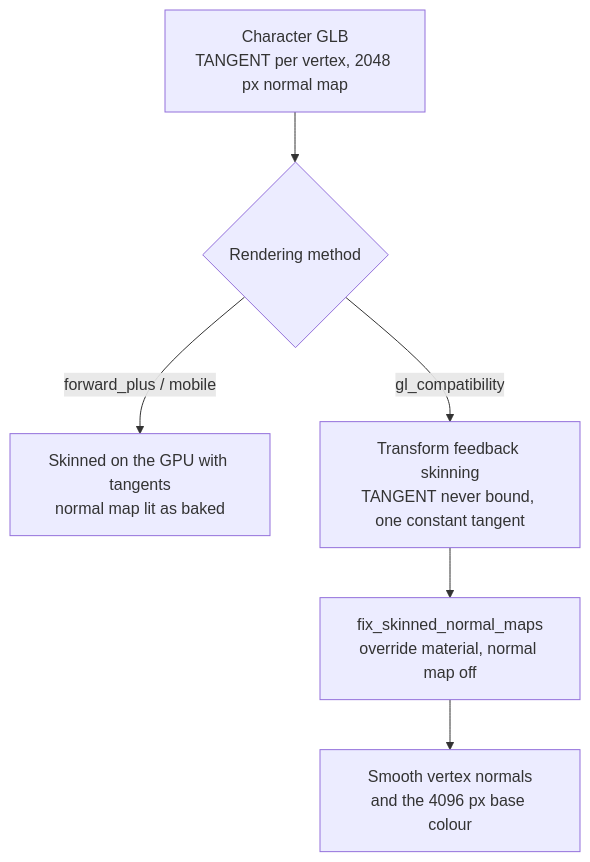
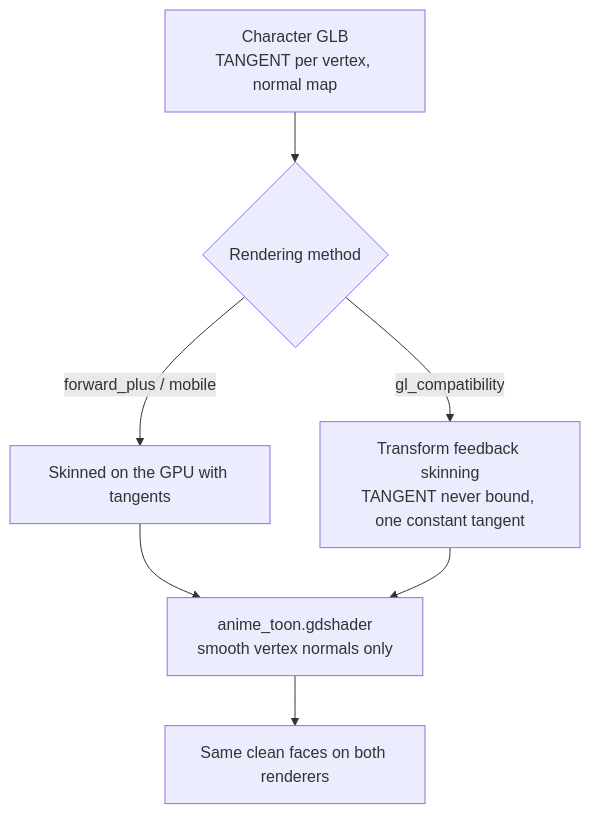
Diagram 12 of 15 in docs/architecture.md (jgyy/trixian), drawn with Mermaid before and after one commit. The commit also changed other lines of this file and 36 other files, not shown here.

Commit message:
Anime cel shading for the Tripo models: sharp colour instead of the oil-painting look (#8)

````diff
--- a/docs/architecture.md
+++ b/docs/architecture.md
@@ -310,8 +395,9 @@
 ```mermaid
 flowchart TD
-    model["Character GLB<br/>TANGENT per vertex, 2048 px normal map"] --> method{"Rendering method"}
-    method -- forward_plus / mobile --> fp["Skinned on the GPU with tangents<br/>normal map lit as baked"]
+    model["Character GLB<br/>TANGENT per vertex, normal map"] --> method{"Rendering method"}
+    method -- forward_plus / mobile --> fp["Skinned on the GPU with tangents"]
     method -- gl_compatibility --> tf["Transform feedback skinning<br/>TANGENT never bound, one constant tangent"]
-    tf --> fix["fix_skinned_normal_maps<br/>override material, normal map off"]
-    fix --> clean["Smooth vertex normals<br/>and the 4096 px base colour"]
+    fp --> cel["anime_toon.gdshader<br/>smooth vertex normals only"]
+    tf --> cel
+    cel --> clean["Same clean faces on both renderers"]
 ```
````
